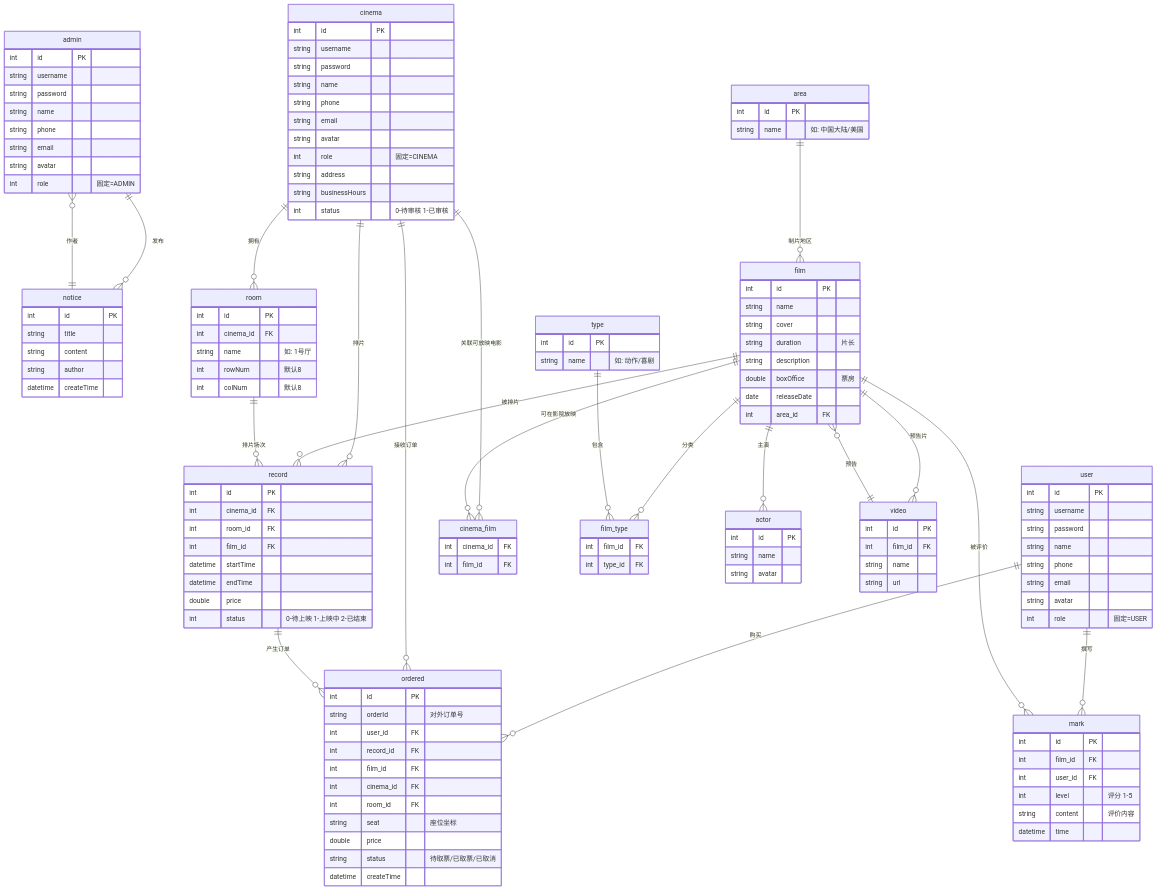
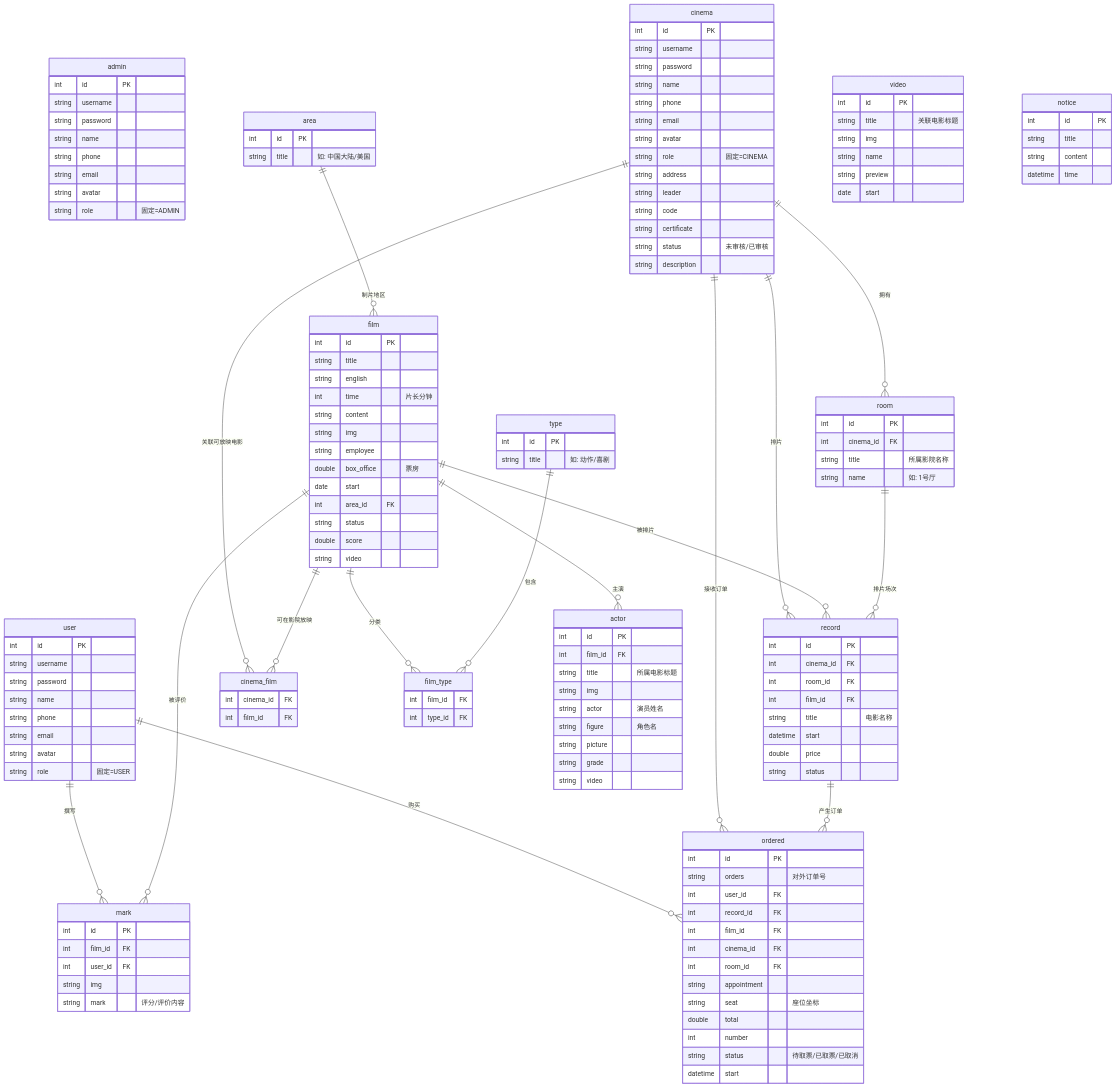
One commit to renjianfeng8/Java_SpringBoot changed the second of 2 diagrams in docs/product/03-product-requirements-document.md. Above: the diagram before and after it, drawn with Mermaid. The commit also changed other lines of this file and 3 other files, not shown here.

Commit message:
docs: add product modeling diagrams

````diff
--- a/docs/product/03-product-requirements-document.md
+++ b/docs/product/03-product-requirements-document.md
@@ -290,6 +292,5 @@
 ```mermaid
 erDiagram
-    admin ||--o{ notice : "发布"
     admin {
         int id PK
         string username
@@ -298,7 +299,7 @@
         string phone
         string email
         string avatar
-        int role "固定=ADMIN"
+        string role "固定=ADMIN"
     }
 
     user ||--o{ ordered : "购买"
@@ -311,7 +312,7 @@
         string phone
         string email
         string avatar
-        int role "固定=USER"
+        string role "固定=USER"
     }
 
     cinema ||--o{ room : "拥有"
@@ -326,36 +327,42 @@
         string phone
         string email
         string avatar
-        int role "固定=CINEMA"
+        string role "固定=CINEMA"
         string address
-        string businessHours
-        int status "0-待审核 1-已审核"
+        string leader
+        string code
+        string certificate
+        string status "未审核/已审核"
+        string description
     }
 
     film ||--o{ record : "被排片"
     film ||--o{ mark : "被评价"
     film ||--o{ film_type : "分类"
     film ||--o{ cinema_film : "可在影院放映"
-    film ||--o{ actor : "主演" 
-    film ||--o{ video : "预告片"
+    film ||--o{ actor : "主演"
     film {
         int id PK
-        string name
-        string cover
-        string duration "片长"
-        string description
-        double boxOffice "票房"
-        date releaseDate
+        string title
+        string english
+        int time "片长分钟"
+        string content
+        string img
+        string employee
+        double box_office "票房"
+        date start
         int area_id FK
+        string status
+        double score
+        string video
     }
 
     room ||--o{ record : "排片场次"
     room {
         int id PK
         int cinema_id FK
+        string title "所属影院名称"
         string name "如: 1号厅"
-        int rowNum "默认8"
-        int colNum "默认8"
     }
 
     record ||--o{ ordered : "产生订单"
@@ -364,33 +371,34 @@
         int cinema_id FK
         int room_id FK
         int film_id FK
-        datetime startTime
-        datetime endTime
+        string title "电影名称"
+        datetime start
         double price
-        int status "0-待上映 1-上映中 2-已结束"
+        string status
     }
 
     ordered {
         int id PK
-        string orderId "对外订单号"
+        string orders "对外订单号"
         int user_id FK
         int record_id FK
         int film_id FK
         int cinema_id FK
         int room_id FK
+        string appointment
         string seat "座位坐标"
-        double price
+        double total
+        int number
         string status "待取票/已取票/已取消"
-        datetime createTime
+        datetime start
     }
 
     mark {
         int id PK
         int film_id FK
         int user_id FK
-        int level "评分 1-5"
-        string content "评价内容"
-        datetime time
+        string img
+        string mark "评分/评价内容"
     }
 
     type ||--o{ film_type : "包含"
@@ -406,37 +414,41 @@
         int film_id FK
     }
 
-    video ||--o{ film : "预告"
-    notice ||--o{ admin : "作者"
-
-    type {
-        int id PK
-        string name "如: 动作/喜剧"
-    }
-
-    area {
-        int id PK
-        string name "如: 中国大陆/美国"
-    }
-
-    actor {
-        int id PK
-        string name
-        string avatar
-    }
-
     video {
         int id PK
-        int film_id FK
+        string title "关联电影标题"
+        string img
         string name
-        string url
+        string preview
+        date start
     }
 
     notice {
         int id PK
         string title
         string content
-        string author
-        datetime createTime
+        datetime time
+    }
+
+    type {
+        int id PK
+        string title "如: 动作/喜剧"
+    }
+
+    area {
+        int id PK
+        string title "如: 中国大陆/美国"
+    }
+
+    actor {
+        int id PK
+        int film_id FK
+        string title "所属电影标题"
+        string img
+        string actor "演员姓名"
+        string figure "角色名"
+        string picture
+        string grade
+        string video
     }
 ```
````
